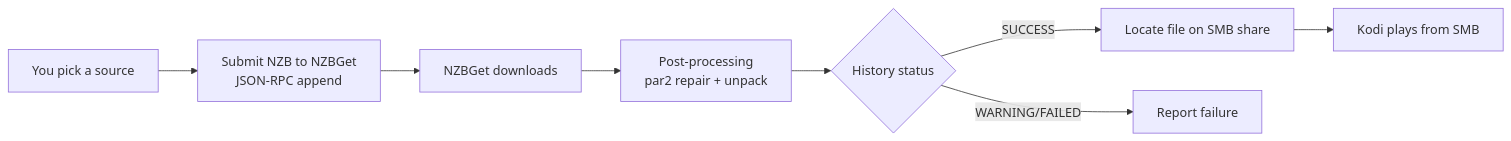
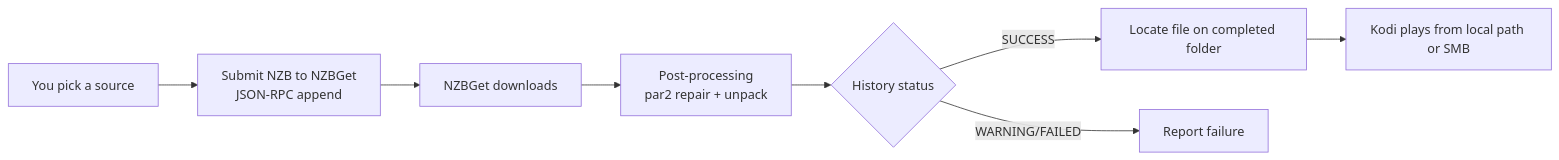
Before and after one commit to Appz4Fun/nzbdavkodi: the diagram in docs-site/features/nzbget-backend.md, drawn with Mermaid. The commit also changed other lines of this file and 8 other files, not shown here.

First line of the commit message:
feat: allow the NZBGet completed-downloads root to be a local/mounted path (#463)

````diff
--- a/docs-site/features/nzbget-backend.md
+++ b/docs-site/features/nzbget-backend.md
@@ -41,10 +42,10 @@
 ```mermaid
 flowchart LR
     A[You pick a source] --> B[Submit NZB to NZBGet<br/>JSON-RPC append]
     B --> C[NZBGet downloads]
     C --> D[Post-processing<br/>par2 repair + unpack]
     D --> E{History status}
-    E -->|SUCCESS| F[Locate file on SMB share]
+    E -->|SUCCESS| F[Locate file on completed folder]
     E -->|WARNING/FAILED| G[Report failure]
-    F --> H[Kodi plays from SMB]
+    F --> H[Kodi plays from local path or SMB]
 ```
````
